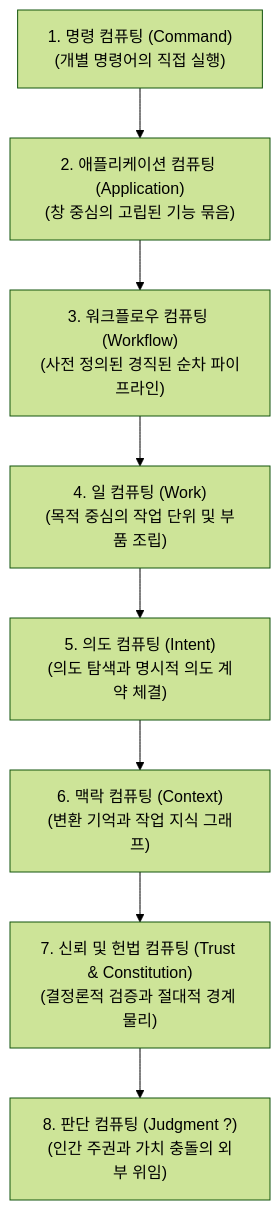
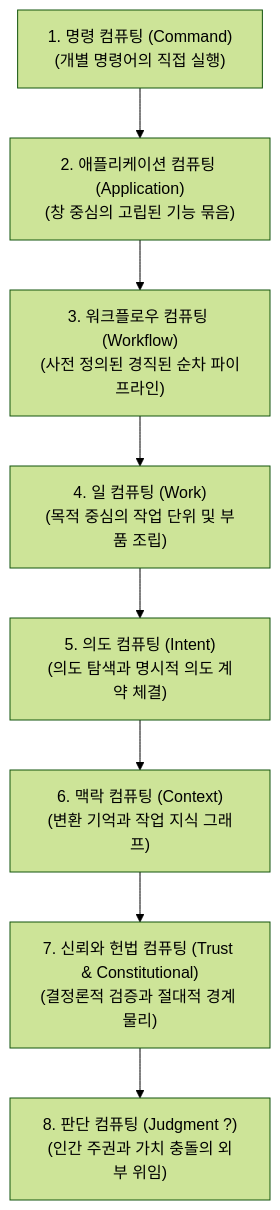
One commit to kocean-dev/judgment-computing changed the first of 3 diagrams in ARCHITECTURE.Ko.md. Above: the diagram before and after it, drawn with Mermaid (forest theme). The commit also changed other lines of this file and 5 other files, not shown here.

````diff
--- a/ARCHITECTURE.Ko.md
+++ b/ARCHITECTURE.Ko.md
@@ -16,10 +16,10 @@
 ```mermaid
 graph TD
     A["1. 명령 컴퓨팅 (Command)<br>(개별 명령어의 직접 실행)"] --> B["2. 애플리케이션 컴퓨팅 (Application)<br>(창 중심의 고립된 기능 묶음)"]
     B --> C["3. 워크플로우 컴퓨팅 (Workflow)<br>(사전 정의된 경직된 순차 파이프라인)"]
     C --> D["4. 일 컴퓨팅 (Work)<br>(목적 중심의 작업 단위 및 부품 조립)"]
     D --> E["5. 의도 컴퓨팅 (Intent)<br>(의도 탐색과 명시적 의도 계약 체결)"]
     E --> F["6. 맥락 컴퓨팅 (Context)<br>(변환 기억과 작업 지식 그래프)"]
-    F --> G["7. 신뢰 및 헌법 컴퓨팅 (Trust & Constitution)<br>(결정론적 검증과 절대적 경계 물리)"]
+    F --> G["7. 신뢰와 헌법 컴퓨팅 (Trust & Constitutional)<br>(결정론적 검증과 절대적 경계 물리)"]
     G --> H["8. 판단 컴퓨팅 (Judgment ?)<br>(인간 주권과 가치 충돌의 외부 위임)"]
 ```
````
